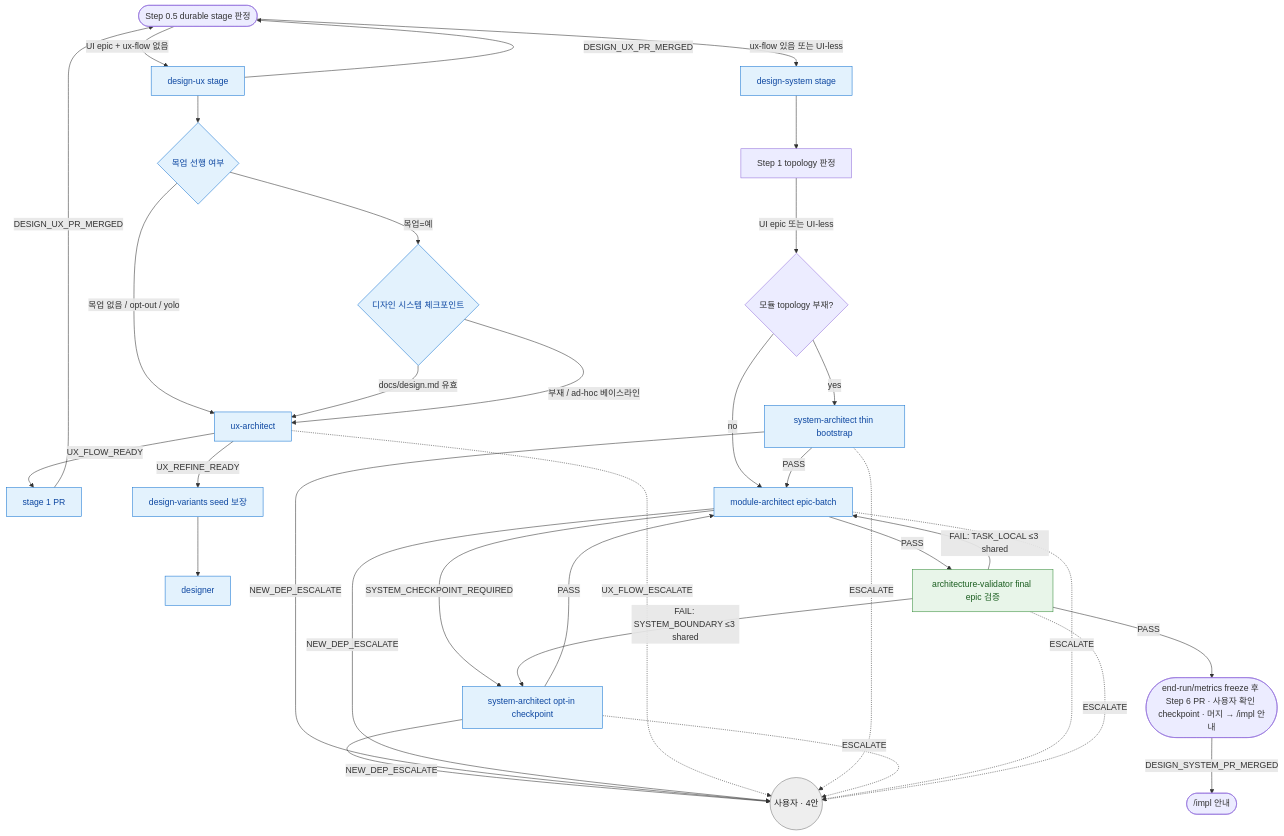
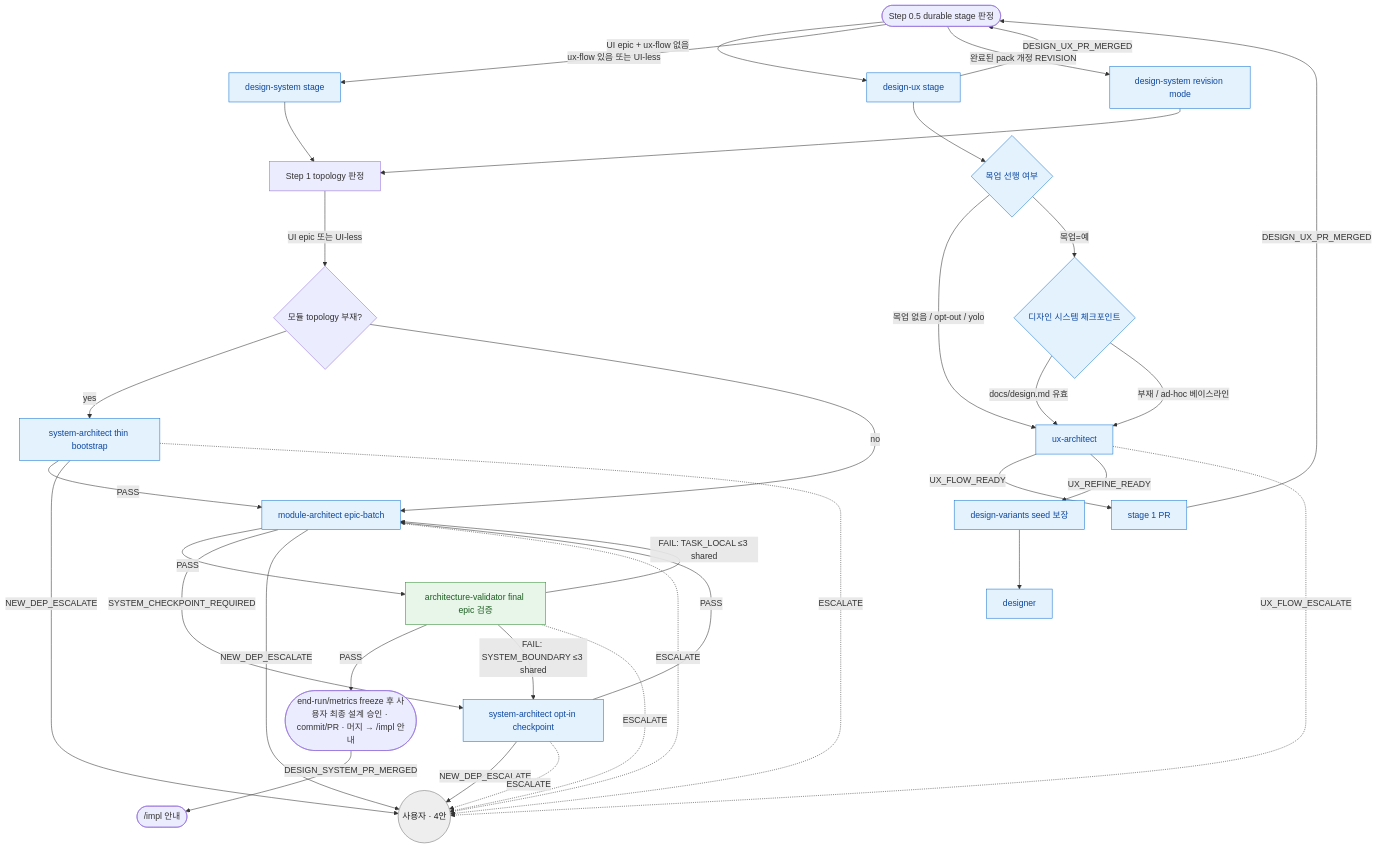
One commit to Daeguk-Sun/dcNess changed the diagram in skills/design/design-routing.md. Above: the diagram before and after it, drawn with Mermaid. The commit also changed other lines of this file and 6 other files, not shown here.

````diff
--- a/skills/design/design-routing.md
+++ b/skills/design/design-routing.md
@@ -15,42 +15,44 @@
 ```mermaid
 flowchart TB
   START([Step 0.5 durable stage 판정]) -->|UI epic + ux-flow 없음| DUX[design-ux stage]
   START -->|ux-flow 있음 또는 UI-less| DSYS[design-system stage]
+  START -->|완료된 pack 개정 REVISION| DSYS_REV[design-system revision mode]
   DUX -->|DESIGN_UX_PR_MERGED| START
   DSYS --> TOPO[Step 1 topology 판정]
+  DSYS_REV --> TOPO
   TOPO -->|UI epic 또는 UI-less| BOOT{모듈 topology 부재?}
   DUX --> MU{목업 선행 여부}
   MU -->|목업 없음 / opt-out / yolo| UX[ux-architect]
   MU -->|목업=예| DSKIP{디자인 시스템 체크포인트}
   DSKIP -->|docs/design.md 유효| UX
   DSKIP -->|부재 / ad-hoc 베이스라인| UX
   UX -->|UX_FLOW_READY| UXPR[stage 1 PR]
   UXPR -->|DESIGN_UX_PR_MERGED| START
   UX -->|UX_REFINE_READY| SEED[design-variants seed 보장]
   SEED --> DS[designer]
   BOOT -->|yes| SA_BOOT[system-architect thin bootstrap]
   BOOT -->|no| MA_BATCH[module-architect epic-batch]
   SA_BOOT -->|PASS| MA_BATCH
   MA_BATCH -->|PASS| AV_FINAL[architecture-validator final epic 검증]
   MA_BATCH -->|SYSTEM_CHECKPOINT_REQUIRED| SA_CHECK[system-architect opt-in checkpoint]
   SA_CHECK -->|PASS| MA_BATCH
-  AV_FINAL -->|PASS| M([end-run/metrics freeze 후 Step 6 PR · 사용자 확인 checkpoint · 머지 → /impl 안내])
+  AV_FINAL -->|PASS| M([end-run/metrics freeze 후 사용자 최종 설계 승인 · commit/PR · 머지 → /impl 안내])
   M -->|DESIGN_SYSTEM_PR_MERGED| DONE([/impl 안내])
   AV_FINAL -->|"FAIL: SYSTEM_BOUNDARY ≤3 shared"| SA_CHECK
   AV_FINAL -->|"FAIL: TASK_LOCAL ≤3 shared"| MA_BATCH
   SA_CHECK -->|NEW_DEP_ESCALATE| U((사용자 · 4안))
   SA_BOOT -->|NEW_DEP_ESCALATE| U
   MA_BATCH -->|NEW_DEP_ESCALATE| U
   UX -.->|UX_FLOW_ESCALATE| U
   SA_BOOT -.->|ESCALATE| U
   SA_CHECK -.->|ESCALATE| U
   MA_BATCH -.->|ESCALATE| U
   AV_FINAL -.->|ESCALATE| U
 
   classDef produce fill:#e3f2fd,stroke:#1976d2,color:#0d47a1
   classDef verify fill:#e8f5e9,stroke:#388e3c,color:#1b5e20
   classDef user fill:#eeeeee,stroke:#757575,color:#212121
-  class DUX,DSYS,UX,UXPR,SA_BOOT,SA_CHECK,DS,MA_BATCH,SEED,MU,DSKIP produce
+  class DUX,DSYS,DSYS_REV,UX,UXPR,SA_BOOT,SA_CHECK,DS,MA_BATCH,SEED,MU,DSKIP produce
   class AV_FINAL verify
   class U user
 ```
````
